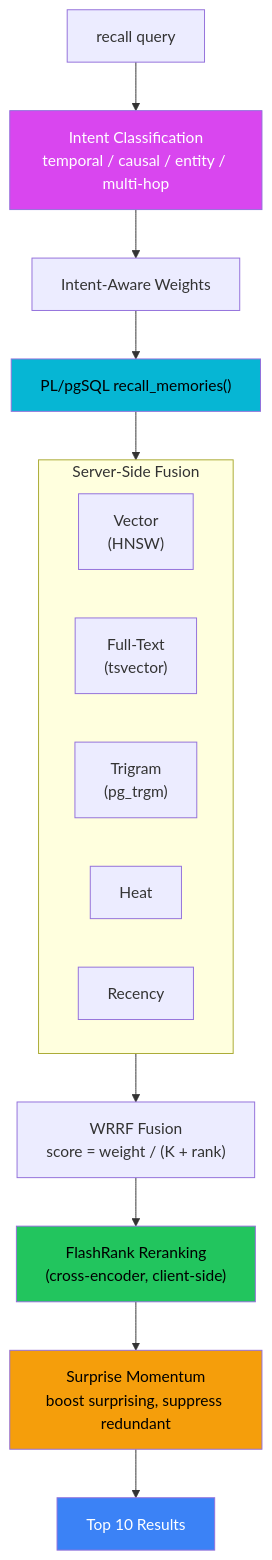
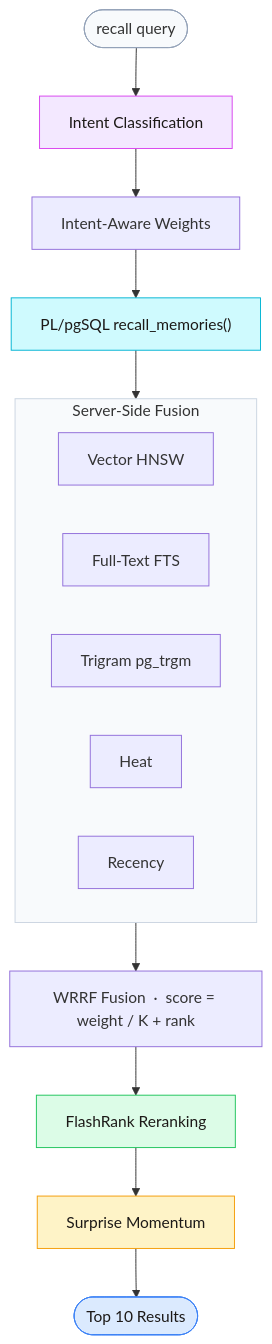
The third of 7 diagrams in README.md (cdeust/Cortex), drawn with Mermaid before and after one commit. The commit also changed other lines of this file and 3 other files, not shown here.

First line of the commit message:
docs: update architecture graph and hero images to match current project

````diff
--- a/README.md
+++ b/README.md
@@ -201,27 +208,29 @@
 ```mermaid
 flowchart TD
-    Q["recall query"] --> R["Intent Classification<br/>temporal / causal / entity / multi-hop"]
-    R --> W["Intent-Aware Weights"]
+    Q([recall query]) --> R[Intent Classification]
+    R --> W[Intent-Aware Weights]
     W --> PG["PL/pgSQL recall_memories()"]
 
-    subgraph WRRF["Server-Side Fusion"]
+    subgraph WRRF [" Server-Side Fusion "]
         direction LR
-        V["Vector<br/>(HNSW)"]
-        F["Full-Text<br/>(tsvector)"]
-        T["Trigram<br/>(pg_trgm)"]
-        HT["Heat"]
-        RC["Recency"]
+        V[Vector HNSW]
+        F[Full-Text FTS]
+        T[Trigram pg_trgm]
+        HT[Heat]
+        RC[Recency]
     end
 
     PG --> WRRF
-    WRRF --> FUSED["WRRF Fusion<br/>score = weight / (K + rank)"]
-    FUSED --> FR["FlashRank Reranking<br/>(cross-encoder, client-side)"]
-    FR --> SM["Surprise Momentum<br/>boost surprising, suppress redundant"]
-    SM --> RES["Top 10 Results"]
+    WRRF --> FUSED["WRRF Fusion  ·  score = weight / K + rank"]
+    FUSED --> FR[FlashRank Reranking]
+    FR --> SM[Surprise Momentum]
+    SM --> RES([Top 10 Results])
 
-    style R fill:#d946ef,color:#fff
-    style PG fill:#06b6d4,color:#000
-    style FR fill:#22c55e,color:#000
-    style SM fill:#f59e0b,color:#000
-    style RES fill:#3b82f6,color:#fff
+    style Q fill:#f8fafc,stroke:#94a3b8
+    style R fill:#f3e8ff,stroke:#d946ef,color:#1c1917
+    style PG fill:#cffafe,stroke:#06b6d4,color:#1c1917
+    style WRRF fill:#f8fafc,stroke:#cbd5e1
+    style FR fill:#dcfce7,stroke:#22c55e,color:#1c1917
+    style SM fill:#fef3c7,stroke:#f59e0b,color:#1c1917
+    style RES fill:#dbeafe,stroke:#3b82f6,color:#1c1917
 ```
````
